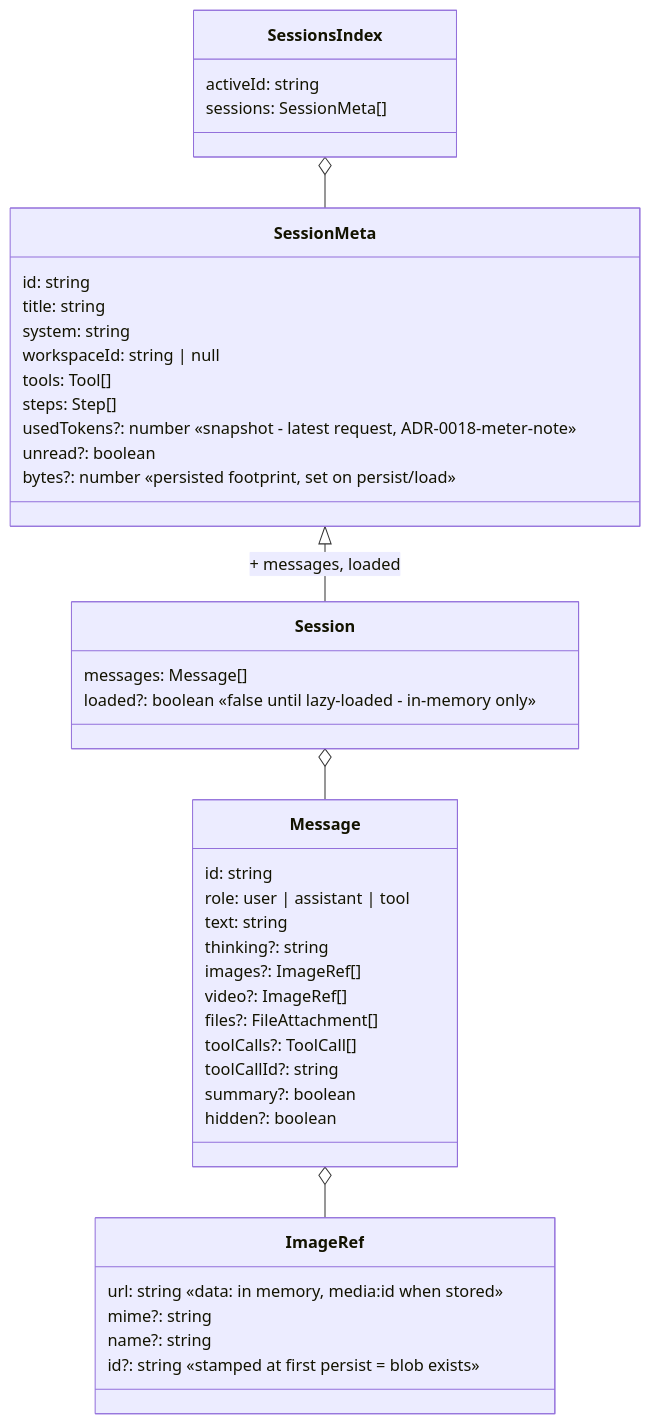
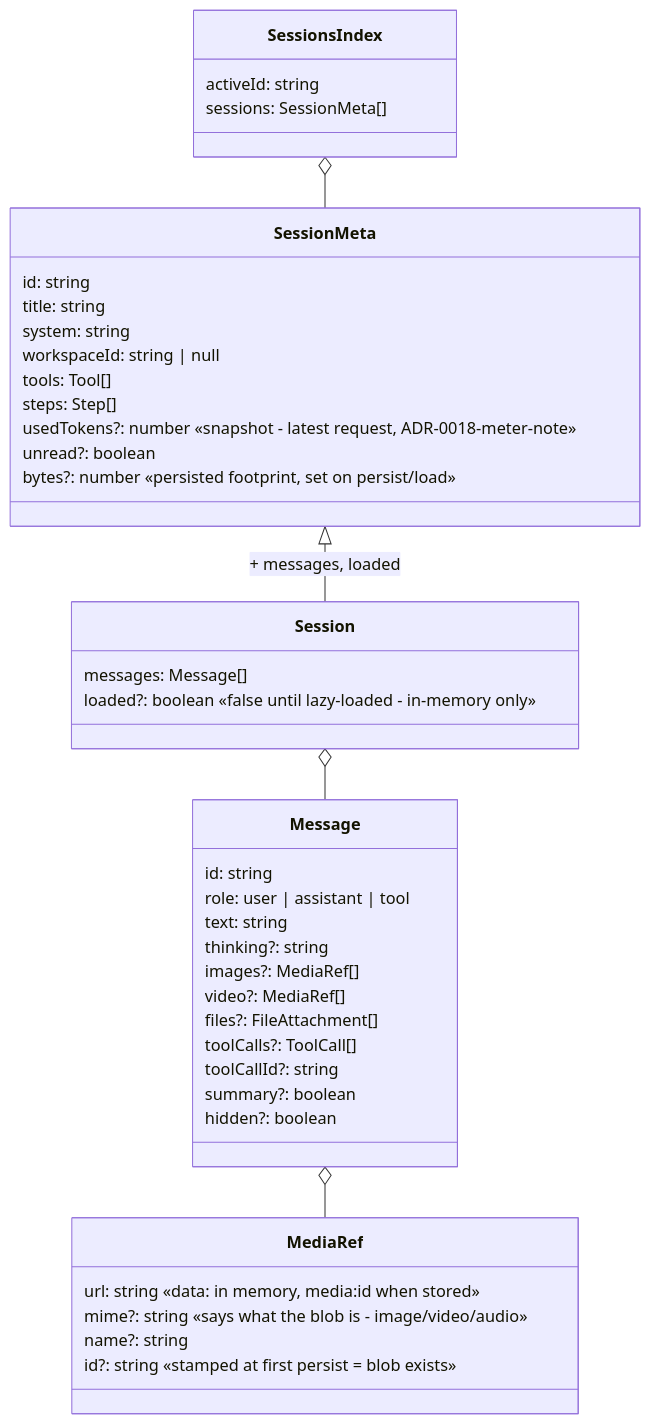
Before and after one commit to bilikaz/v84-harness: the first of 2 diagrams in docs/STORAGE.md, drawn with Mermaid. The commit also changed other lines of this file and 14 other files, not shown here.

First line of the commit message:
Rename ImageRef -> MediaRef; STORAGE.md: drop ER chart, one shapes source

````diff
--- a/docs/STORAGE.md
+++ b/docs/STORAGE.md
@@ -47,45 +27,45 @@
 ```mermaid
 classDiagram
     class SessionsIndex {
         activeId: string
         sessions: SessionMeta[]
     }
     class SessionMeta {
         id: string
         title: string
         system: string
         workspaceId: string | null
         tools: Tool[]
         steps: Step[]
         usedTokens?: number  «snapshot - latest request, ADR-0018-meter-note»
         unread?: boolean
         bytes?: number  «persisted footprint, set on persist/load»
     }
     class Session {
         messages: Message[]
         loaded?: boolean  «false until lazy-loaded - in-memory only»
     }
     class Message {
         id: string
         role: user | assistant | tool
         text: string
         thinking?: string
-        images?: ImageRef[]
-        video?: ImageRef[]
+        images?: MediaRef[]
+        video?: MediaRef[]
         files?: FileAttachment[]
         toolCalls?: ToolCall[]
         toolCallId?: string
         summary?: boolean
         hidden?: boolean
     }
-    class ImageRef {
+    class MediaRef {
         url: string  «data: in memory, media:id when stored»
-        mime?: string
+        mime?: string  «says what the blob is - image/video/audio»
         name?: string
         id?: string  «stamped at first persist = blob exists»
     }
     SessionMeta <|-- Session : + messages, loaded
     SessionsIndex o-- SessionMeta
     Session o-- Message
-    Message o-- ImageRef
+    Message o-- MediaRef
 ```
````
